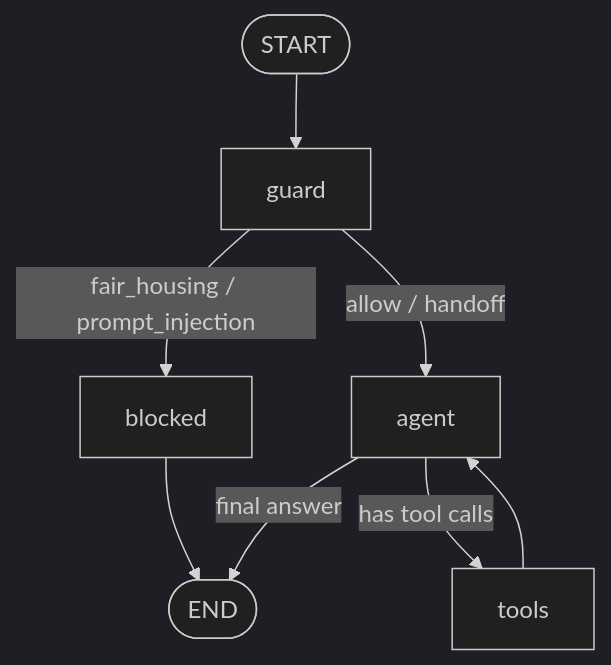
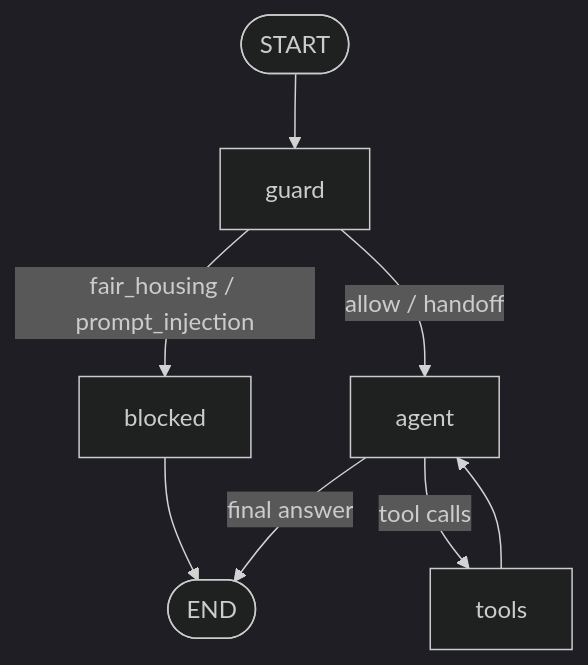
The fourth of 4 diagrams in README.md (PrasadThorve/leasemate), drawn with Mermaid (dark theme) before and after one commit. The commit also changed other lines of this file, not shown here.

````diff
--- a/README.md
+++ b/README.md
@@ -340,10 +277,10 @@
 ```mermaid
 flowchart TD
     START([START]) --> guard
     guard -->|"fair_housing / prompt_injection"| blocked
     guard -->|"allow / handoff"| agent
     blocked --> END([END])
-    agent -->|"has tool calls"| tools
+    agent -->|"tool calls"| tools
     tools --> agent
     agent -->|"final answer"| END
 ```
````
